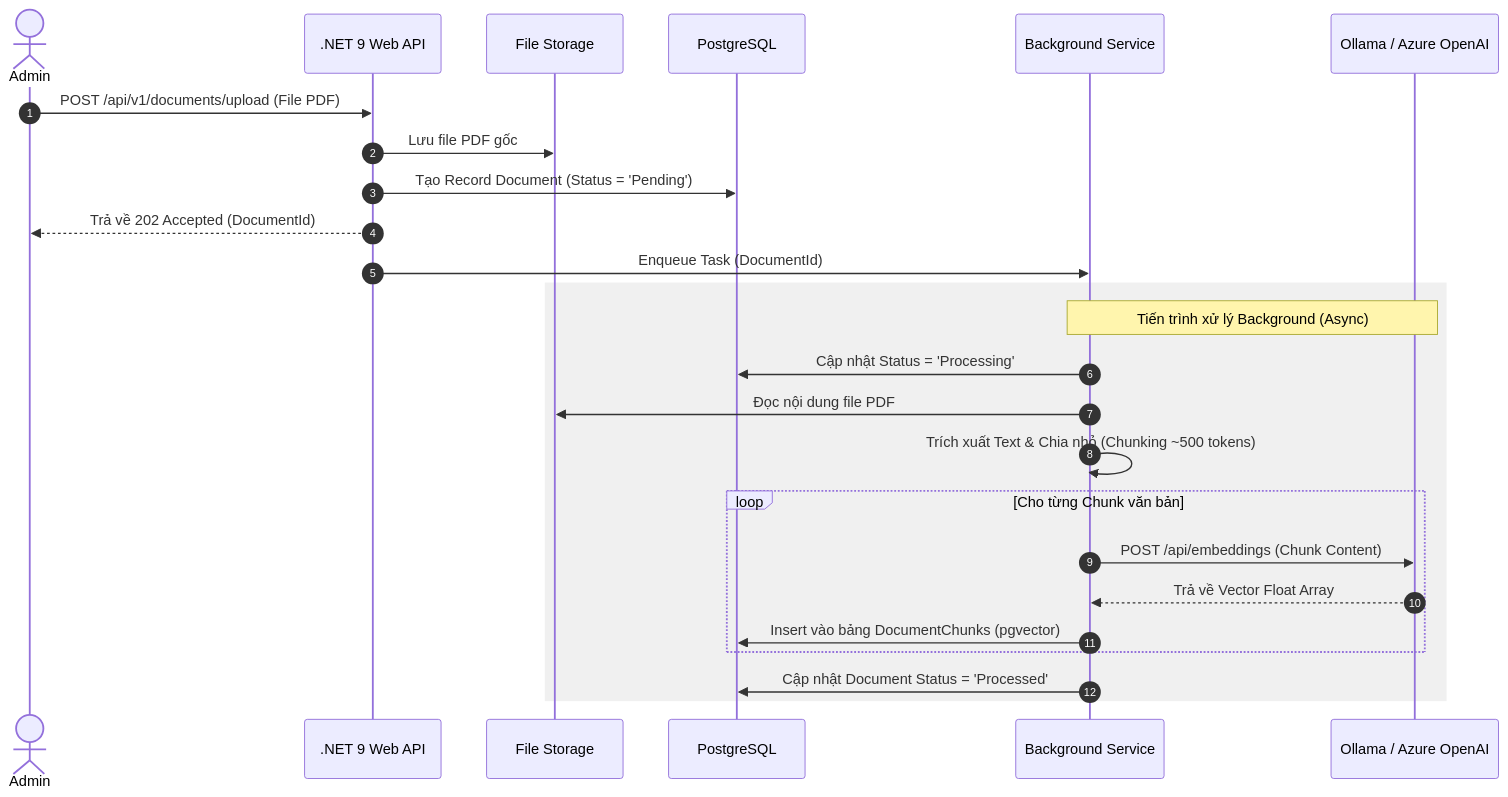
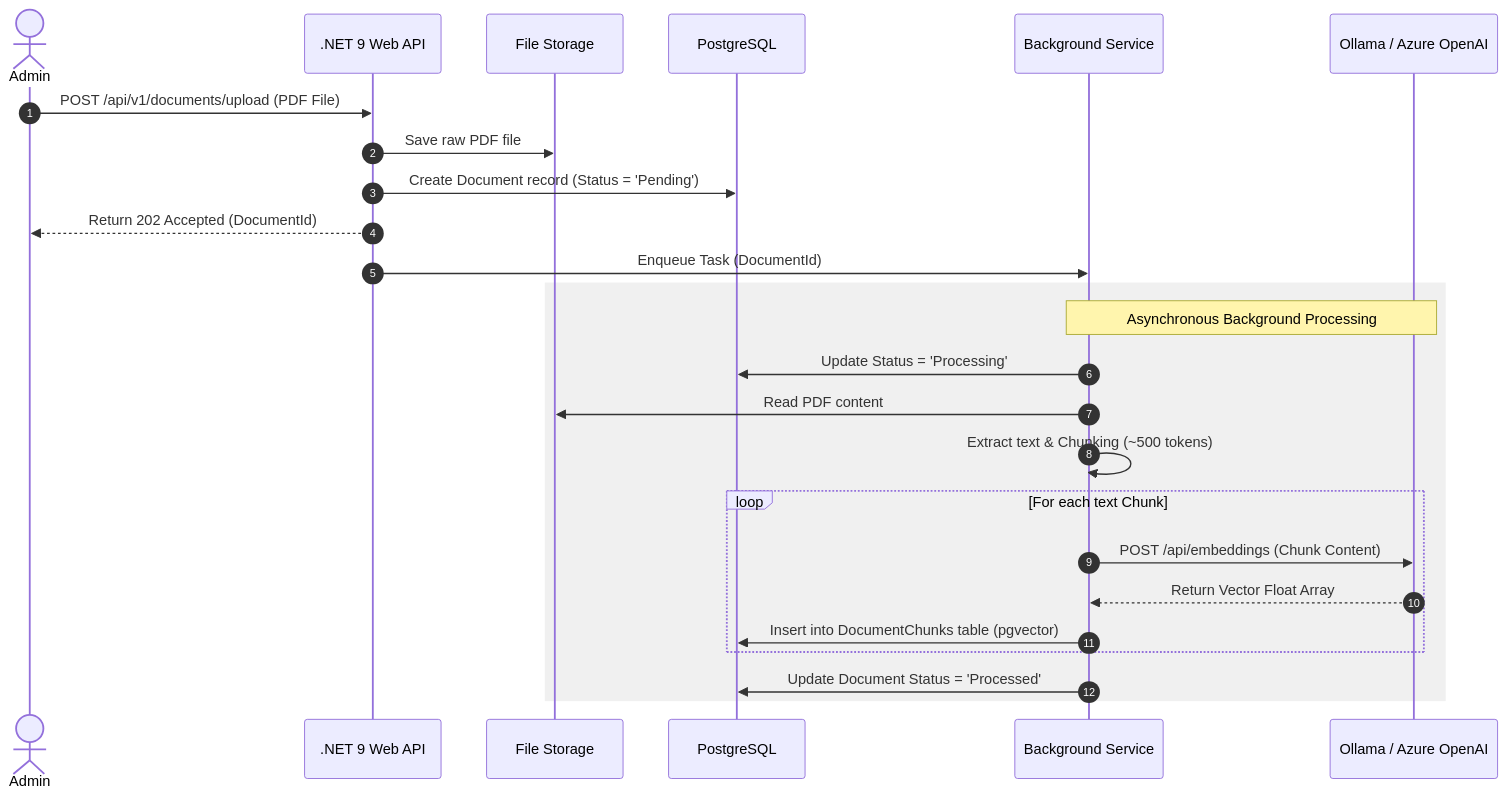
Before and after one commit to NhuNhuNguyen/DocuMindEnterprise: the third of 5 diagrams in README.md, drawn with Mermaid. The commit also changed other lines of this file, not shown here.

Commit message:
fix: correct mermaid syntax in README to render diagrams

````diff
--- a/README.md
+++ b/README.md
@@ -92,33 +92,33 @@
 ```mermaid
 
 sequenceDiagram
     autonumber
     actor Admin
     participant API as .NET 9 Web API
     participant Storage as File Storage
     participant DB as PostgreSQL
     participant Worker as Background Service
     participant Ollama as Ollama / Azure OpenAI
 
-    Admin->>API: POST /api/v1/documents/upload (File PDF)
-    API->>Storage: Lưu file PDF gốc
-    API->>DB: Tạo Record Document (Status = 'Pending')
-    API-->>Admin: Trả về 202 Accepted (DocumentId)
+    Admin->>API: POST /api/v1/documents/upload (PDF File)
+    API->>Storage: Save raw PDF file
+    API->>DB: Create Document record (Status = 'Pending')
+    API-->>Admin: Return 202 Accepted (DocumentId)
     
     API->>Worker: Enqueue Task (DocumentId)
     
     rect rgb(240, 240, 240)
-        Note over Worker,Ollama: Tiến trình xử lý Background (Async)
-        Worker->>DB: Cập nhật Status = 'Processing'
-        Worker->>Storage: Đọc nội dung file PDF
-        Worker->>Worker: Trích xuất Text & Chia nhỏ (Chunking ~500 tokens)
+        Note over Worker,Ollama: Asynchronous Background Processing
+        Worker->>DB: Update Status = 'Processing'
+        Worker->>Storage: Read PDF content
+        Worker->>Worker: Extract text & Chunking (~500 tokens)
         
-        loop Cho từng Chunk văn bản
+        loop For each text Chunk
             Worker->>Ollama: POST /api/embeddings (Chunk Content)
-            Ollama-->>Worker: Trả về Vector Float Array
-            Worker->>DB: Insert vào bảng DocumentChunks (pgvector)
+            Ollama-->>Worker: Return Vector Float Array
+            Worker->>DB: Insert into DocumentChunks table (pgvector)
         end
         
-        Worker->>DB: Cập nhật Document Status = 'Processed'
+        Worker->>DB: Update Document Status = 'Processed'
     end
 ```
````
